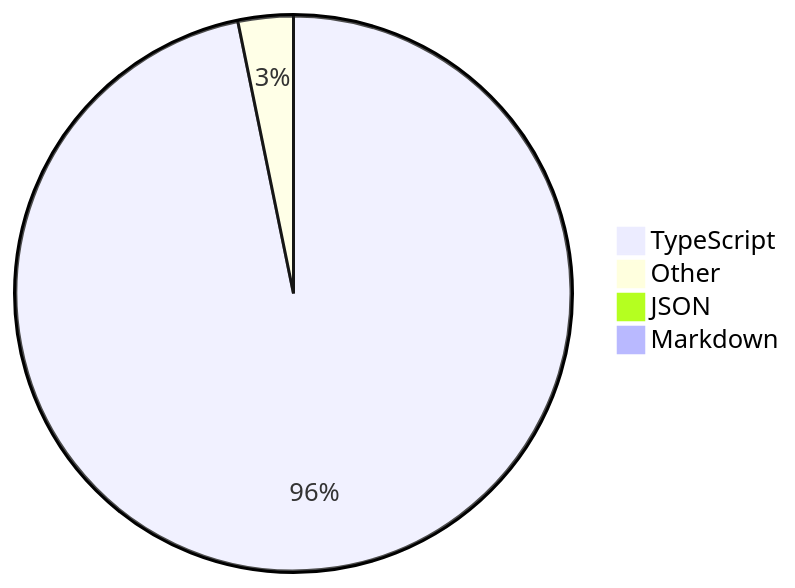
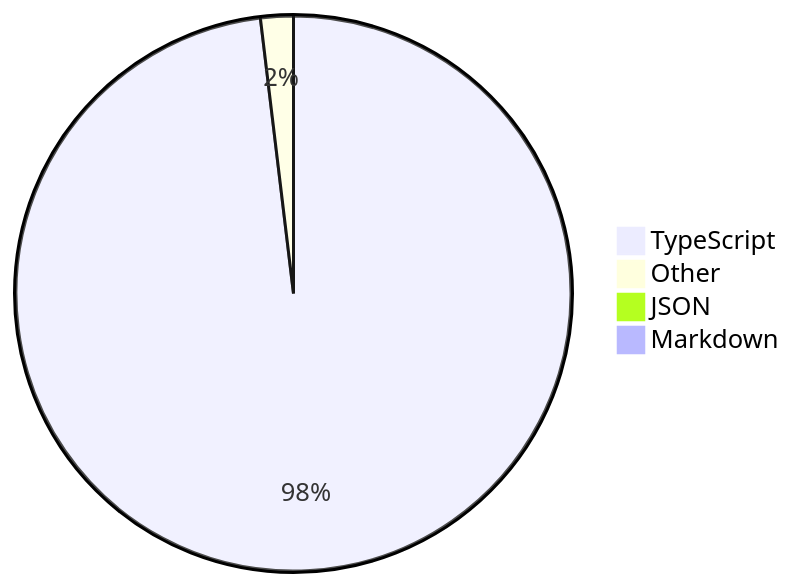
The diagram in README.md (skvggor/skvggor), drawn with Mermaid before and after one commit.

Commit message:
Updated waka-readme graph with new metrics

````diff
--- a/README.md
+++ b/README.md
@@ -28,7 +28,7 @@
 ```mermaid
 pie
-    "TypeScript" : 96.4
-    "Other" : 3.2
+    "TypeScript" : 97.8
+    "Other" : 1.9
     "JSON" : 0.3
-    "Markdown" : 0.1
+    "Markdown" : 0.0
 ```
````
